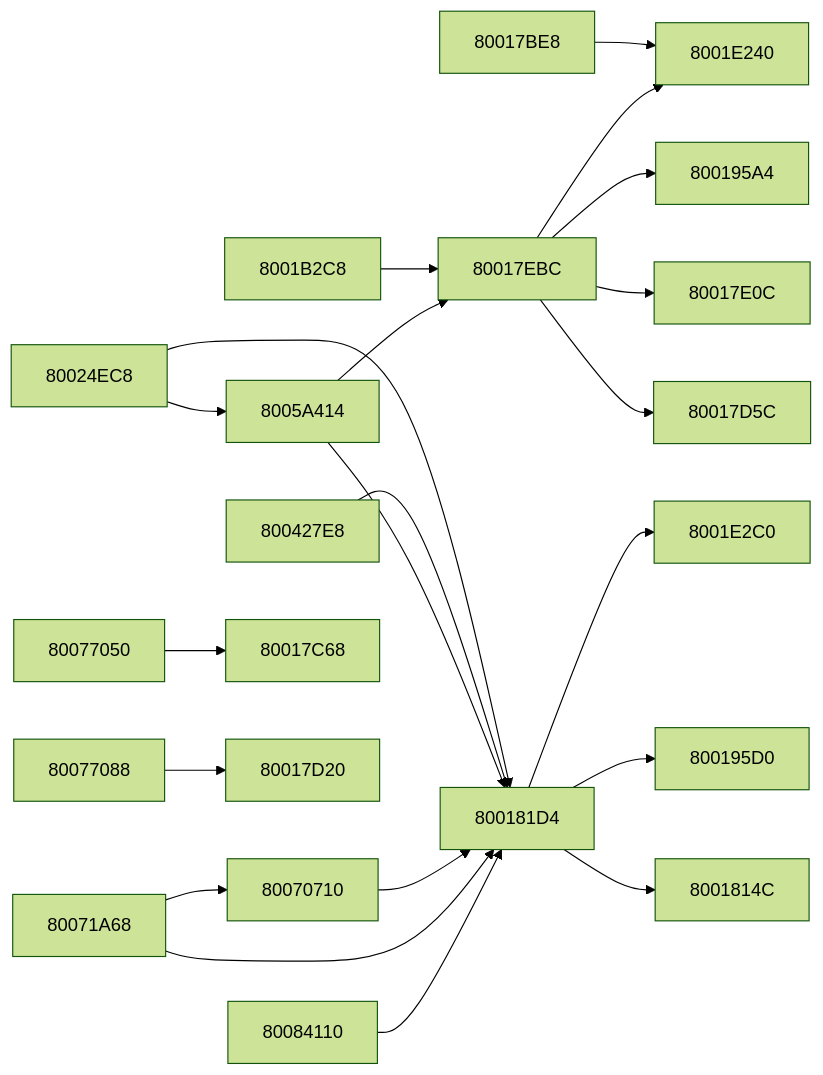
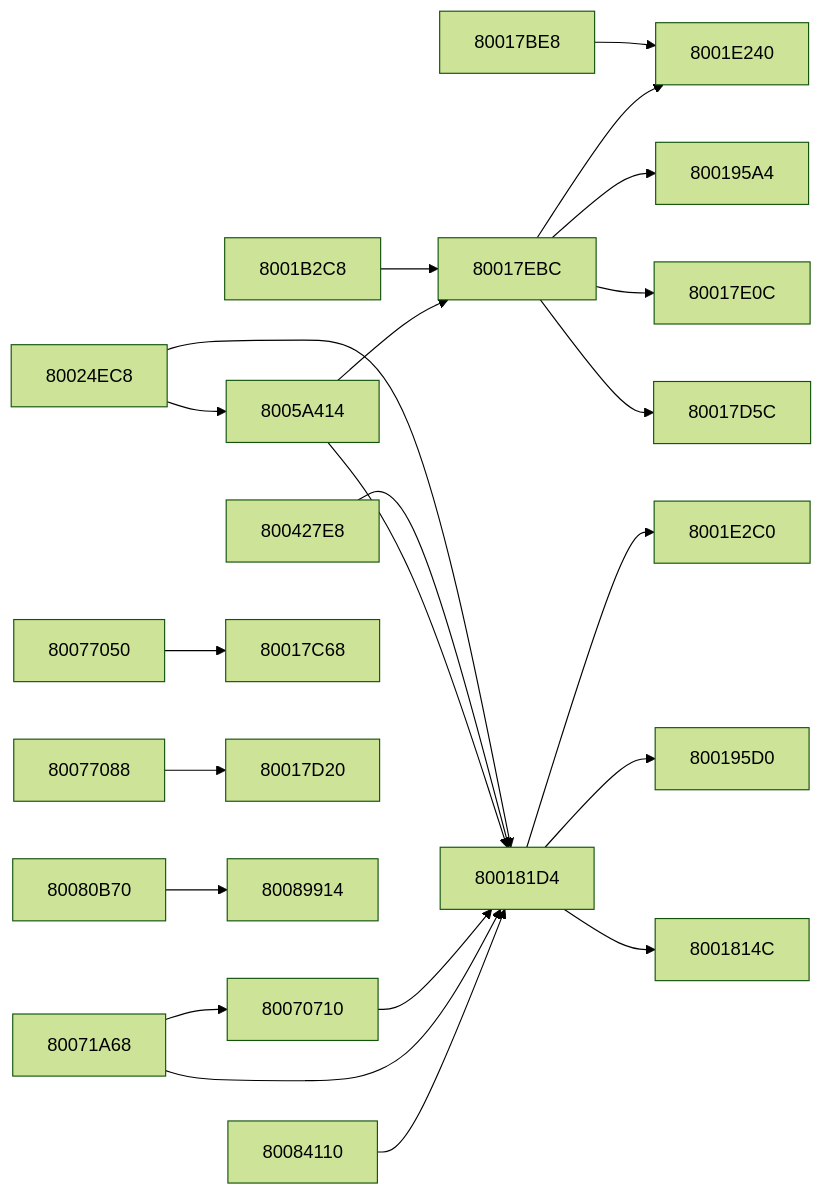
One commit to kai-luni/Future-Cop-L.A.P.D-PS1 changed the third of 11 diagrams in docs/FUNCTION_MAP.md. Above: the diagram before and after it, drawn with Mermaid (forest theme). The commit also changed other lines of this file, not shown here.

````diff
--- a/docs/FUNCTION_MAP.md
+++ b/docs/FUNCTION_MAP.md
@@ -159,44 +202,47 @@
 ```mermaid
 graph LR
     f80017be8 --> f8001e240
     f80017ebc --> f80017d5c
     f80017ebc --> f80017e0c
     f80017ebc --> f800195a4
     f80017ebc --> f8001e240
     f800181d4 --> f8001814c
     f800181d4 --> f800195d0
     f800181d4 --> f8001e2c0
     f8001b2c8 --> f80017ebc
     f80024ec8 --> f800181d4
     f80024ec8 --> f8005a414
     f800427e8 --> f800181d4
     f8005a414 --> f80017ebc
     f8005a414 --> f800181d4
     f80070710 --> f800181d4
     f80071a68 --> f800181d4
     f80071a68 --> f80070710
     f80077050 --> f80017c68
     f80077088 --> f80017d20
+    f80080b70 --> f80089914
     f80084110 --> f800181d4
     f80017be8["80017BE8"]
     f80017c68["80017C68"]
     f80017d20["80017D20"]
     f80017d5c["80017D5C"]
     f80017e0c["80017E0C"]
     f80017ebc["80017EBC"]
     f8001814c["8001814C"]
     f800181d4["800181D4"]
     f800195a4["800195A4"]
     f800195d0["800195D0"]
     f8001b2c8["8001B2C8"]
     f8001e240["8001E240"]
     f8001e2c0["8001E2C0"]
     f80024ec8["80024EC8"]
     f800427e8["800427E8"]
     f8005a414["8005A414"]
     f80070710["80070710"]
     f80071a68["80071A68"]
     f80077050["80077050"]
     f80077088["80077088"]
+    f80080b70["80080B70"]
     f80084110["80084110"]
+    f80089914["80089914"]
 ```
````
